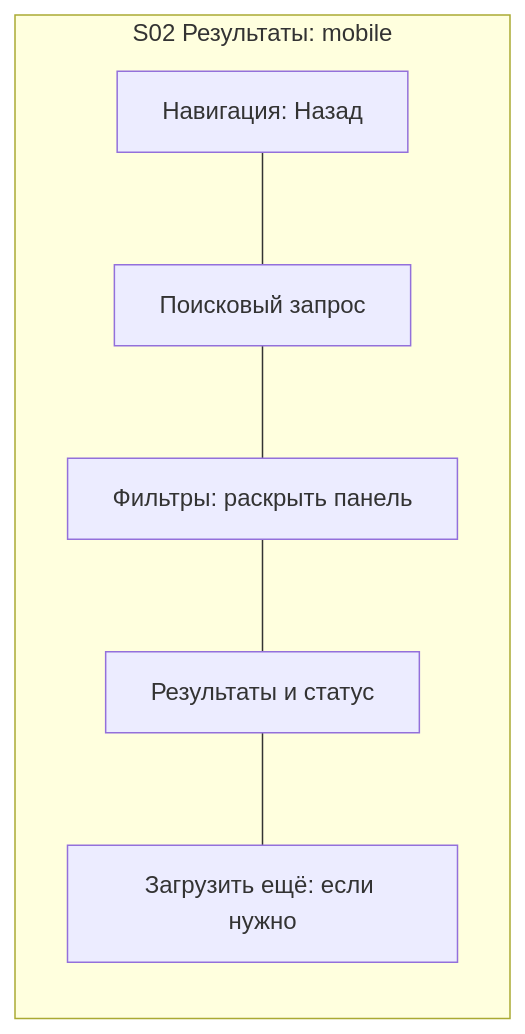
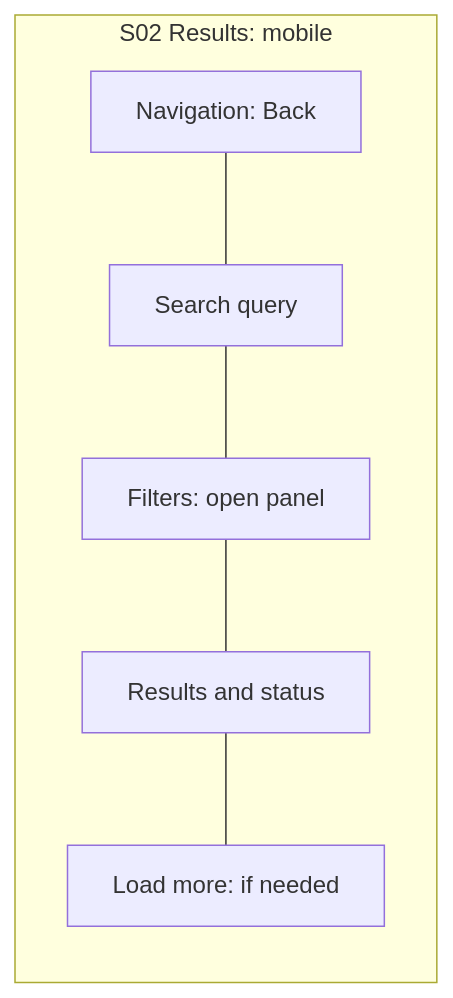
One commit to zxc0zxc0zxc/palarran-framework changed the third of 4 diagrams in docs/ux/diagrams.md. Above: the diagram before and after it, drawn with Mermaid. The commit also changed other lines of this file and 783 other files, not shown here.

````diff
--- a/docs/ux/diagrams.md
+++ b/docs/ux/diagrams.md
@@ -52,10 +52,10 @@
 ```mermaid
 flowchart TB
-  subgraph PAGE["S02 Результаты: mobile"]
+  subgraph PAGE["S02 Results: mobile"]
     direction TB
-    H["Навигация: Назад"] --- Q["Поисковый запрос"]
-    Q --- F["Фильтры: раскрыть панель"]
-    F --- R["Результаты и статус"]
-    R --- M["Загрузить ещё: если нужно"]
+    H["Navigation: Back"] --- Q["Search query"]
+    Q --- F["Filters: open panel"]
+    F --- R["Results and status"]
+    R --- M["Load more: if needed"]
   end
 ```
````
